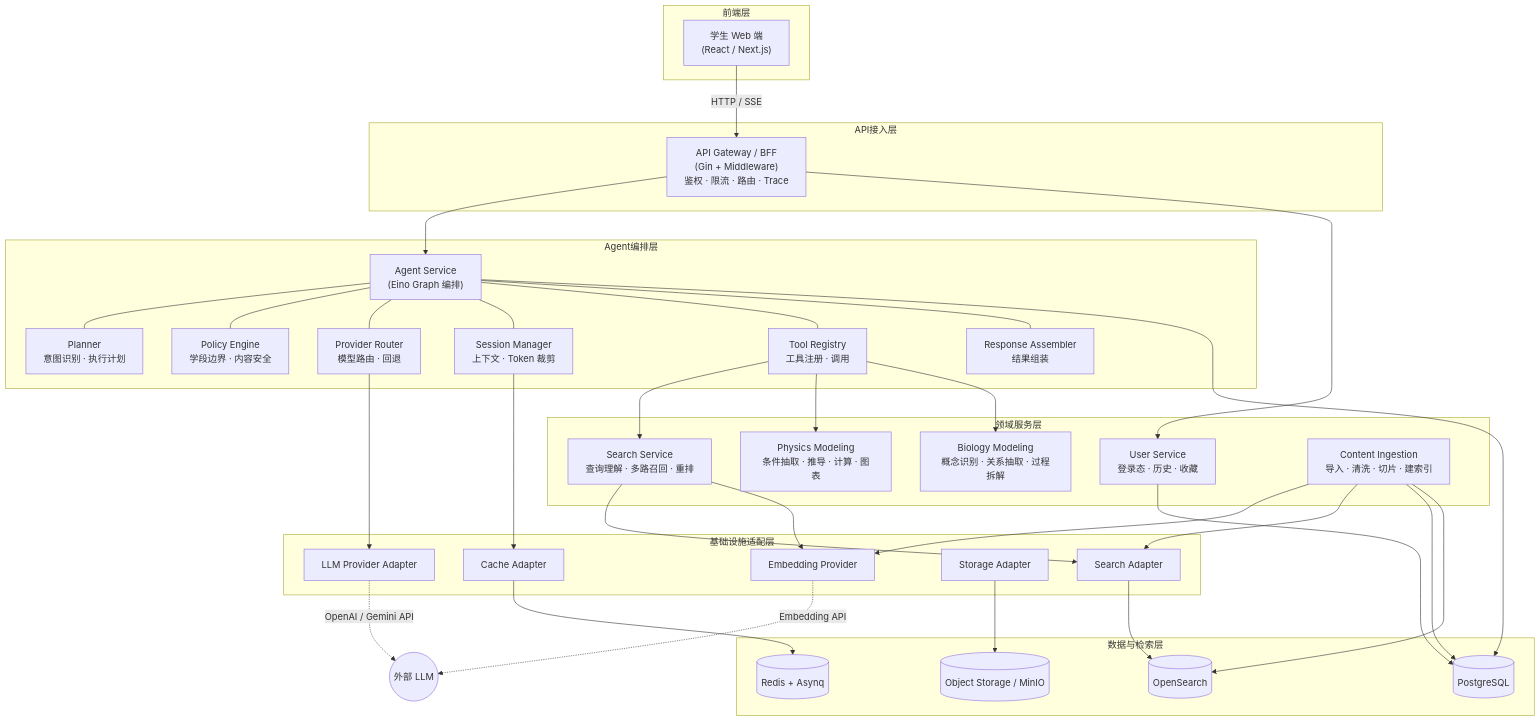
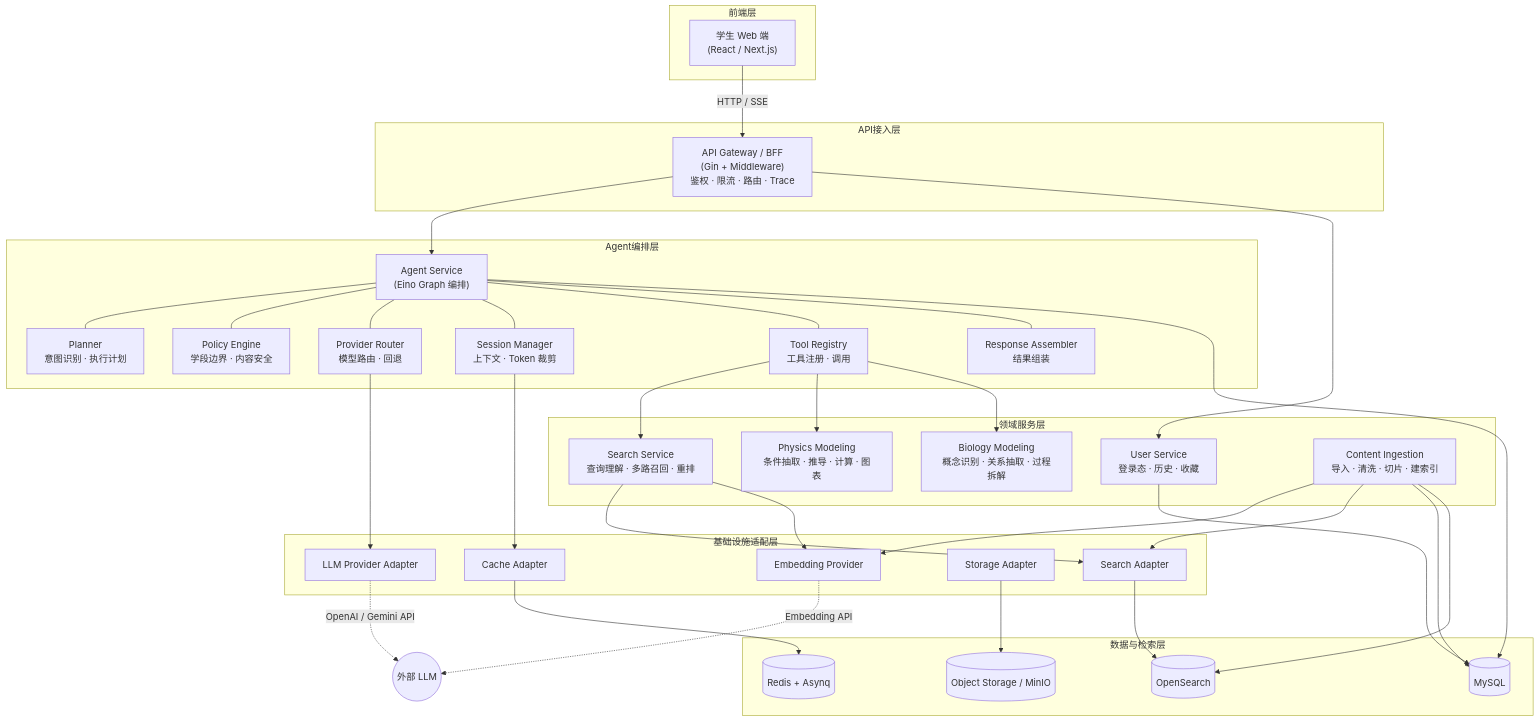
One commit to beihai0xff/snowy changed the first of 3 diagrams in docs/tech-solution.md. Above: the diagram before and after it, drawn with Mermaid. The commit also changed other lines of this file and 139 other files, not shown here.

````diff
--- a/docs/tech-solution.md
+++ b/docs/tech-solution.md
@@ -212,76 +212,76 @@
 ```mermaid
 graph TB
     subgraph 前端层
         SnowyWeb["学生 Web 端<br/>(React / Next.js)"]
     end
 
     subgraph API接入层
         Gateway["API Gateway / BFF<br/>(Gin + Middleware)<br/>鉴权 · 限流 · 路由 · Trace"]
     end
 
     subgraph Agent编排层
         AgentService["Agent Service<br/>(Eino Graph 编排)"]
         Planner["Planner<br/>意图识别 · 执行计划"]
         PolicyEngine["Policy Engine<br/>学段边界 · 内容安全"]
         ProviderRouter["Provider Router<br/>模型路由 · 回退"]
         SessionMgr["Session Manager<br/>上下文 · Token 裁剪"]
         ToolRegistry["Tool Registry<br/>工具注册 · 调用"]
         Assembler["Response Assembler<br/>结果组装"]
 
         AgentService --- Planner
         AgentService --- PolicyEngine
         AgentService --- ProviderRouter
         AgentService --- SessionMgr
         AgentService --- ToolRegistry
         AgentService --- Assembler
     end
 
     subgraph 领域服务层
         SearchSvc["Search Service<br/>查询理解 · 多路召回 · 重排"]
         PhysicsSvc["Physics Modeling<br/>条件抽取 · 推导 · 计算 · 图表"]
         BiologySvc["Biology Modeling<br/>概念识别 · 关系抽取 · 过程拆解"]
         UserSvc["User Service<br/>登录态 · 历史 · 收藏"]
         ContentSvc["Content Ingestion<br/>导入 · 清洗 · 切片 · 建索引"]
     end
 
     subgraph 基础设施适配层
         LLMAdapter["LLM Provider Adapter"]
         EmbAdapter["Embedding Provider"]
         SearchAdapter["Search Adapter"]
         StorageAdapter["Storage Adapter"]
         CacheAdapter["Cache Adapter"]
     end
 
     subgraph 数据与检索层
-        PG[(PostgreSQL)]
+        MySQL[(MySQL)]
         Redis[(Redis + Asynq)]
         OS[(OpenSearch)]
         ObjStore[(Object Storage / MinIO)]
     end
 
     SnowyWeb -->|"HTTP / SSE"| Gateway
     Gateway --> AgentService
     Gateway --> UserSvc
 
     ToolRegistry --> SearchSvc
     ToolRegistry --> PhysicsSvc
     ToolRegistry --> BiologySvc
 
     ProviderRouter --> LLMAdapter
     SearchSvc --> SearchAdapter
     SearchSvc --> EmbAdapter
     ContentSvc --> EmbAdapter
     ContentSvc --> SearchAdapter
 
     LLMAdapter -.->|"OpenAI / Gemini API"| ExtLLM((外部 LLM))
     EmbAdapter -.->|"Embedding API"| ExtLLM
     SearchAdapter --> OS
     StorageAdapter --> ObjStore
     CacheAdapter --> Redis
     SessionMgr --> CacheAdapter
 
-    UserSvc --> PG
-    ContentSvc --> PG
+    UserSvc --> MySQL
+    ContentSvc --> MySQL
     ContentSvc --> OS
-    AgentService --> PG
+    AgentService --> MySQL
 ```
````
